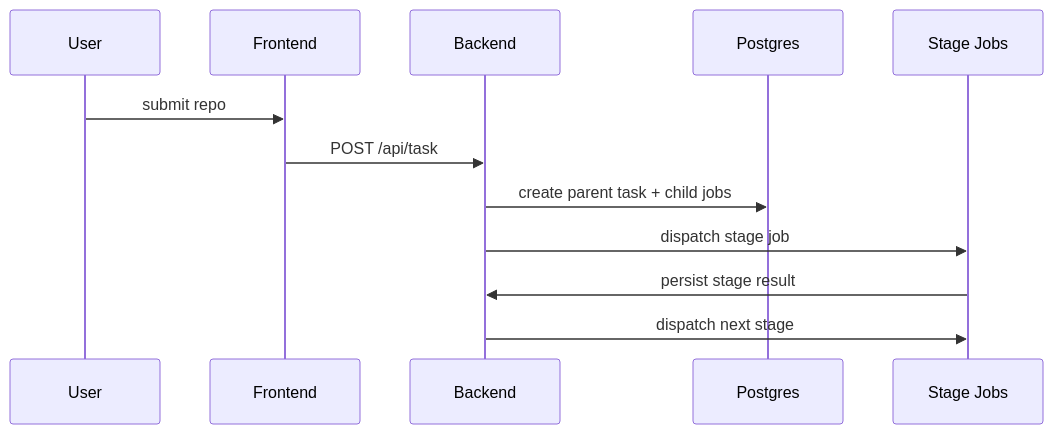
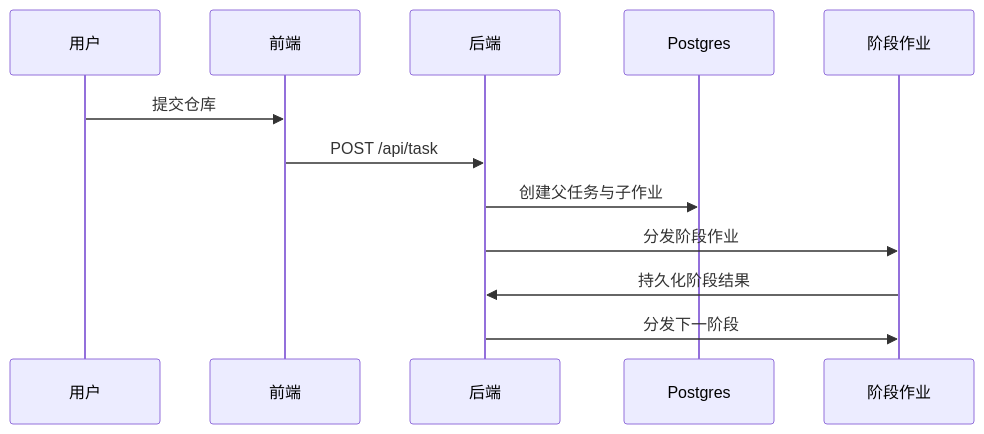
One commit to ZUENS2020/Sherpa changed the diagram in docs/k8s/DEPLOYMENT_DETAILED.md. Above: the diagram before and after it, drawn with Mermaid. The commit also changed other lines of this file and 23 other files, not shown here.

````diff
--- a/docs/k8s/DEPLOYMENT_DETAILED.md
+++ b/docs/k8s/DEPLOYMENT_DETAILED.md
@@ -40,15 +40,15 @@
 ```mermaid
 sequenceDiagram
-  participant U as User
-  participant FE as Frontend
-  participant API as Backend
+  participant U as 用户
+  participant FE as 前端
+  participant API as 后端
   participant DB as Postgres
-  participant K8S as Stage Jobs
+  participant K8S as 阶段作业
 
-  U->>FE: submit repo
+  U->>FE: 提交仓库
   FE->>API: POST /api/task
-  API->>DB: create parent task + child jobs
-  API->>K8S: dispatch stage job
-  K8S->>API: persist stage result
-  API->>K8S: dispatch next stage
+  API->>DB: 创建父任务与子作业
+  API->>K8S: 分发阶段作业
+  K8S->>API: 持久化阶段结果
+  API->>K8S: 分发下一阶段
 ```
````
